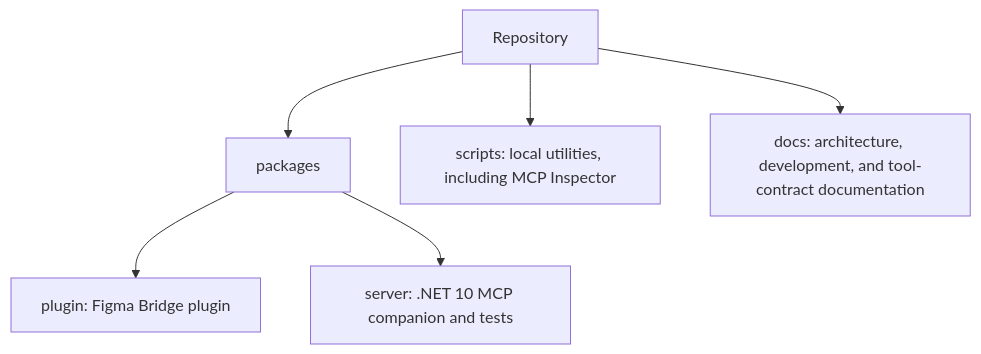
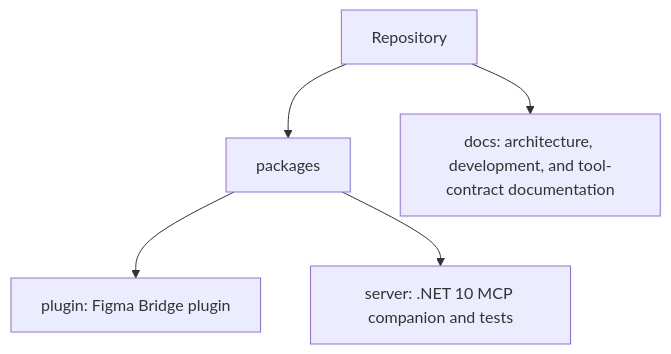
One commit to 2chevskii/FigmaMCP changed the second of 2 diagrams in README.md. Above: the diagram before and after it, drawn with Mermaid. The commit also changed other lines of this file and 24 other files, not shown here.

````diff
--- a/README.md
+++ b/README.md
@@ -76,8 +67,7 @@
 ```mermaid
 flowchart TD
     root[Repository] --> packages[packages]
     packages --> plugin[plugin: Figma Bridge plugin]
     packages --> server[server: .NET 10 MCP companion and tests]
-    root --> scripts[scripts: local utilities, including MCP Inspector]
     root --> docs[docs: architecture, development, and tool-contract documentation]
 ```
````
